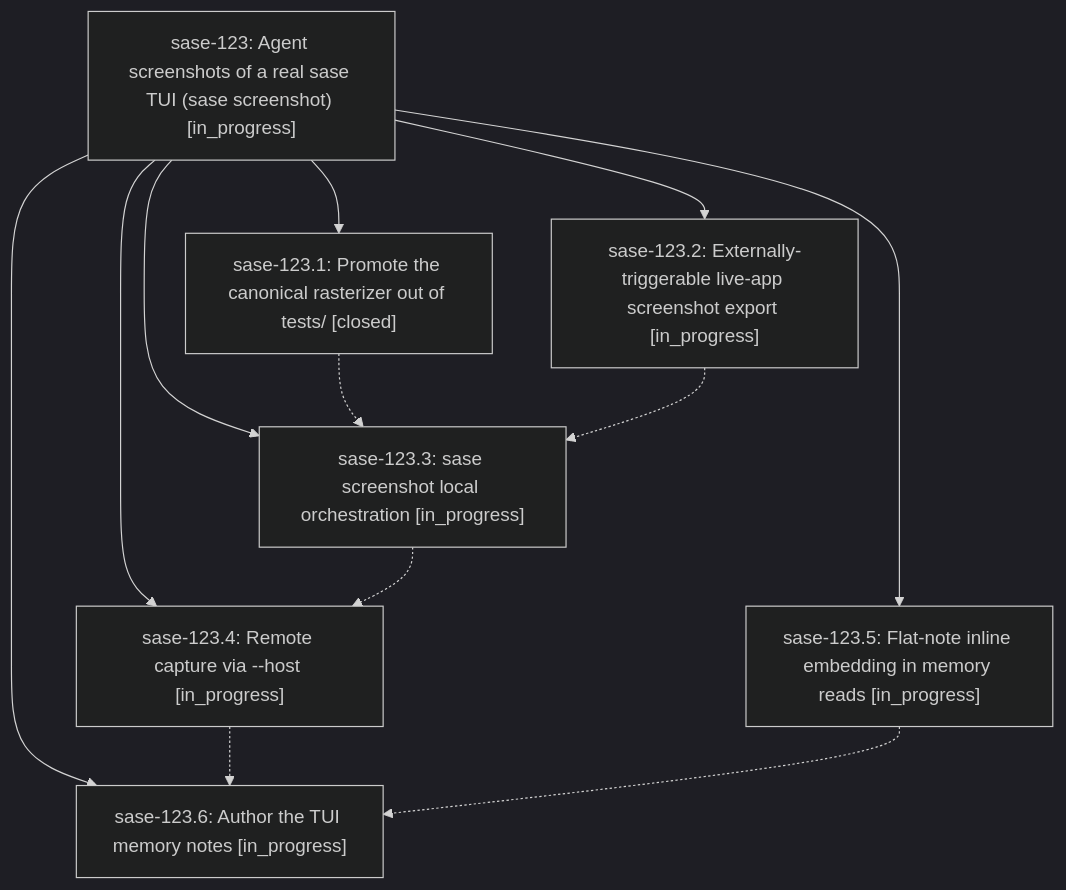
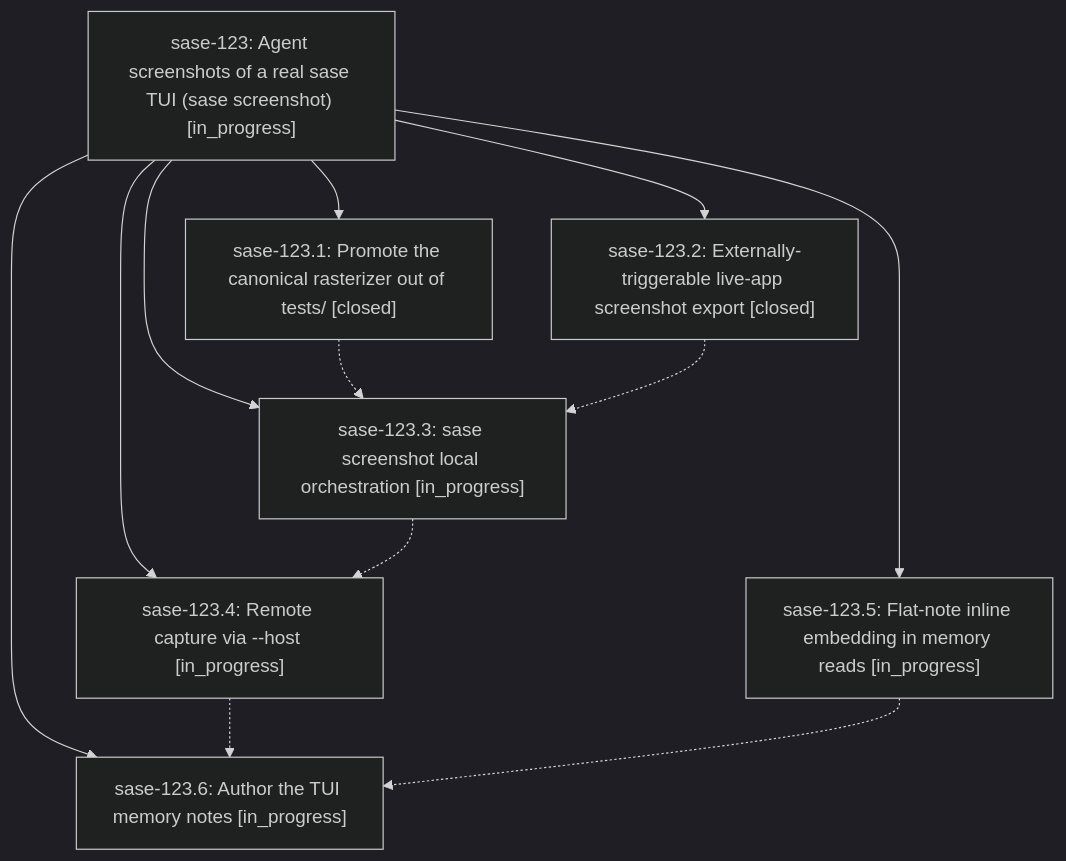
One commit to sase-org/sase--beads changed the diagram in pages/sase-123/README.md. Above: the diagram before and after it, drawn with Mermaid (dark theme). The commit also changed other lines of this file and 2 other files, not shown here.

First line of the commit message:
chore(beads): sync bead state and pages for sase-123

````diff
--- a/pages/sase-123/README.md
+++ b/pages/sase-123/README.md
@@ -39,21 +39,21 @@
 ```mermaid
 flowchart TD
     n0["sase-123: Agent screenshots of a real sase TUI (sase screenshot) [in_progress]"]
     n1["sase-123.1: Promote the canonical rasterizer out of tests/ [closed]"]
-    n2["sase-123.2: Externally-triggerable live-app screenshot export [in_progress]"]
+    n2["sase-123.2: Externally-triggerable live-app screenshot export [closed]"]
     n3["sase-123.3: sase screenshot local orchestration [in_progress]"]
     n4["sase-123.4: Remote capture via --host [in_progress]"]
     n5["sase-123.5: Flat-note inline embedding in memory reads [in_progress]"]
     n6["sase-123.6: Author the TUI memory notes [in_progress]"]
     n0 --> n1
     n0 --> n2
     n0 --> n3
     n0 --> n4
     n0 --> n5
     n0 --> n6
     n1 -.-> n3
     n2 -.-> n3
     n3 -.-> n4
     n4 -.-> n6
     n5 -.-> n6
 ```
````
